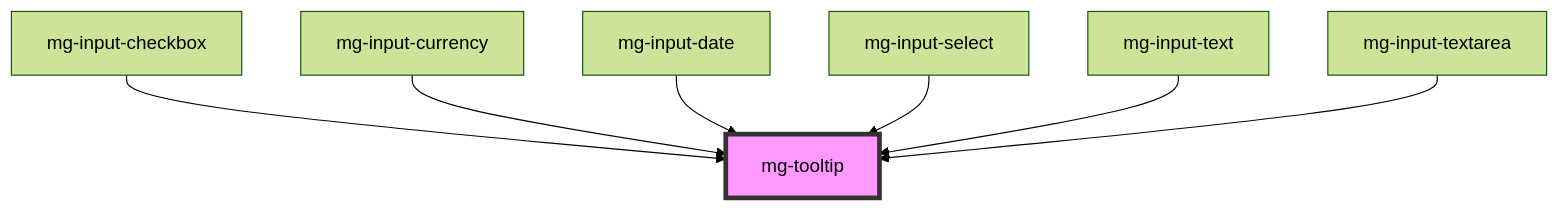
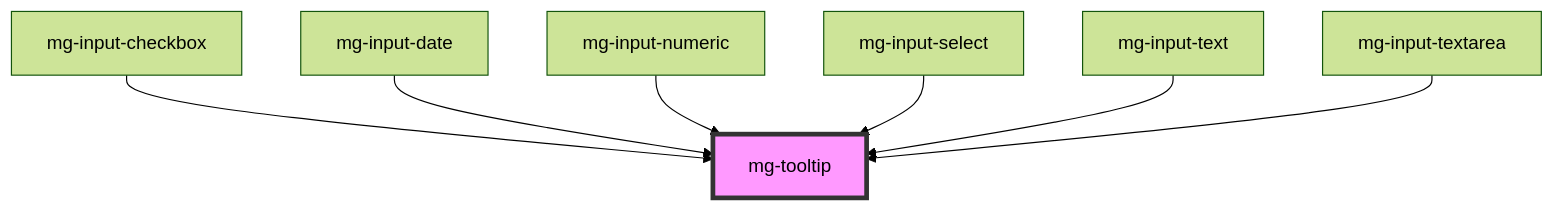
One commit to MGDIS/mg-components changed the diagram in src/components/atoms/mg-tooltip/readme.md. Above: the diagram before and after it, drawn with Mermaid (forest theme). The commit also changed other lines of this file and 20 other files, not shown here.

````diff
--- a/src/components/atoms/mg-tooltip/readme.md
+++ b/src/components/atoms/mg-tooltip/readme.md
@@ -28,10 +28,10 @@
 ```mermaid
 graph TD;
   mg-input-checkbox --> mg-tooltip
-  mg-input-currency --> mg-tooltip
   mg-input-date --> mg-tooltip
+  mg-input-numeric --> mg-tooltip
   mg-input-select --> mg-tooltip
   mg-input-text --> mg-tooltip
   mg-input-textarea --> mg-tooltip
   style mg-tooltip fill:#f9f,stroke:#333,stroke-width:4px
 ```
````
